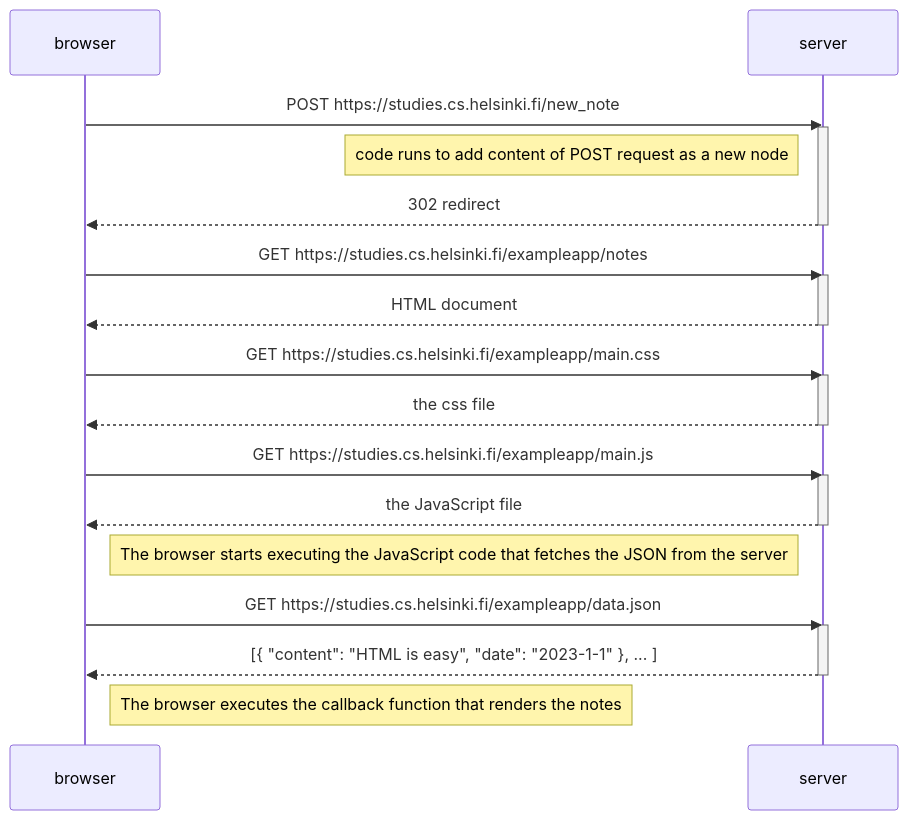
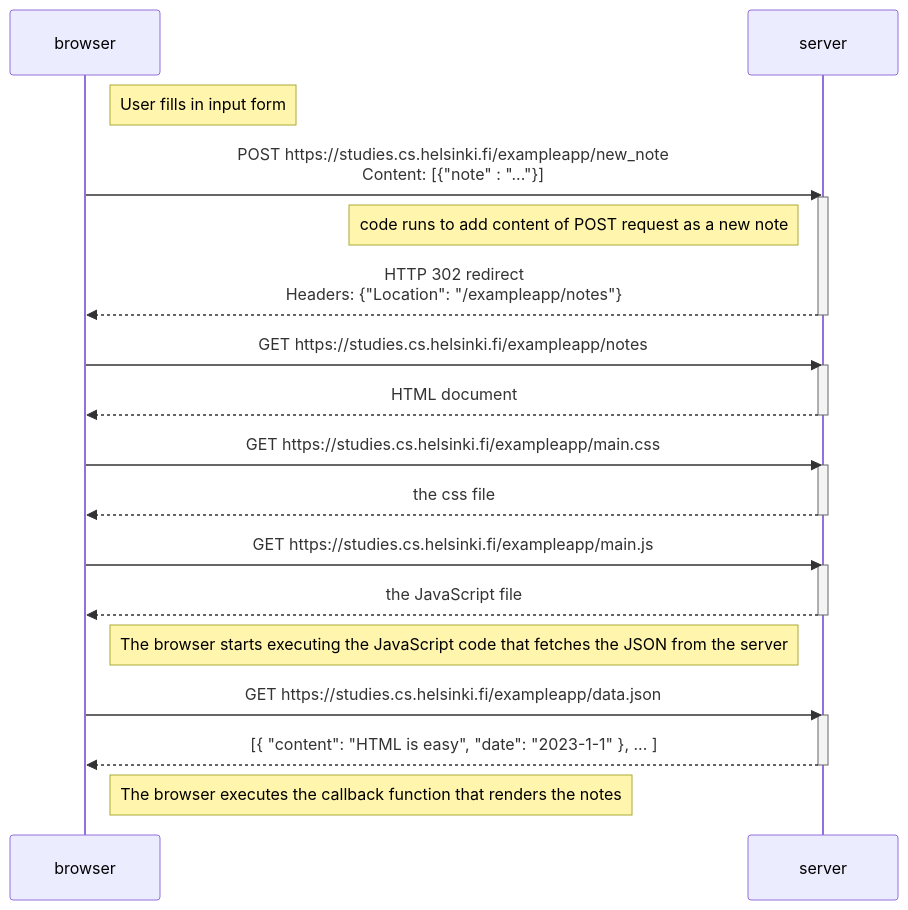
One commit to colindme/FullstackOpen changed the diagram in part0/excercise0.4/diagram.md. Above: the diagram before and after it, drawn with Mermaid.

Commit message:
Finishing exercise by 0.4

````diff
--- a/part0/excercise0.4/diagram.md
+++ b/part0/excercise0.4/diagram.md
@@ -1,37 +1,39 @@
 ```mermaid
     sequenceDiagram
         participant browser
         participant server
 
-        browser->>server: POST https://studies.cs.helsinki.fi/new_note
+        Note right of browser: User fills in input form
+
+        browser->>server: POST https://studies.cs.helsinki.fi/exampleapp/new_note<br/>Content: [{"note" : "..."}]
         activate server
 
-        Note left of server: code runs to add content of POST request as a new node
+        Note left of server: code runs to add content of POST request as a new note
 
-        server-->>browser: 302 redirect
+        server-->>browser: HTTP 302 redirect<br/>Headers: {"Location": "/exampleapp/notes"}
         deactivate server
 
         browser->>server: GET https://studies.cs.helsinki.fi/exampleapp/notes
         activate server
         server-->>browser: HTML document
         deactivate server
 
         browser->>server: GET https://studies.cs.helsinki.fi/exampleapp/main.css
         activate server
         server-->>browser: the css file
         deactivate server
 
         browser->>server: GET https://studies.cs.helsinki.fi/exampleapp/main.js
         activate server
         server-->>browser: the JavaScript file
         deactivate server
 
         Note right of browser: The browser starts executing the JavaScript code that fetches the JSON from the server
 
         browser->>server: GET https://studies.cs.helsinki.fi/exampleapp/data.json
         activate server
         server-->>browser: [{ "content": "HTML is easy", "date": "2023-1-1" }, ... ]
         deactivate server
 
         Note right of browser: The browser executes the callback function that renders the notes
 ```
````
